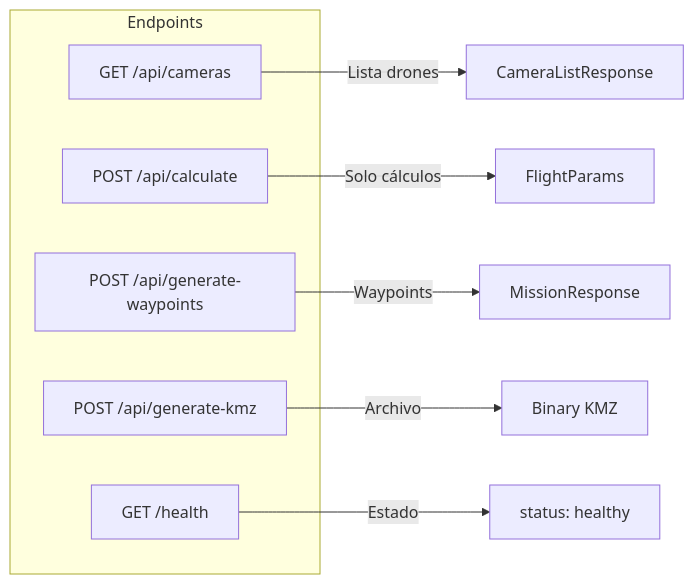
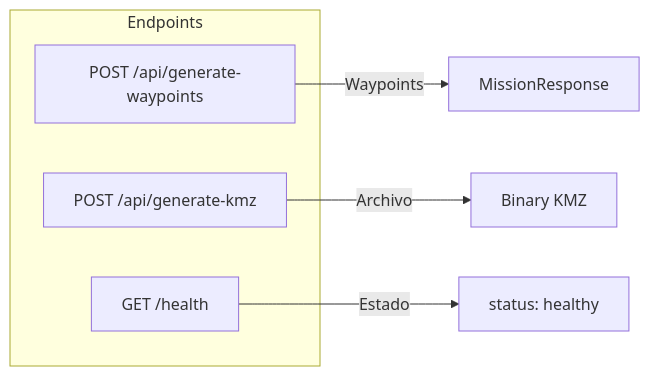
Before and after one commit to geoai-latam/WaypointsDJI: the third of 20 diagrams in geoflight/README.md, drawn with Mermaid. The commit also changed other lines of this file and 2 other files, not shown here.

````diff
--- a/geoflight/README.md
+++ b/geoflight/README.md
@@ -158,16 +162,12 @@
 ```mermaid
 flowchart LR
     subgraph Endpoints
-        E1["GET /api/cameras"]
-        E2["POST /api/calculate"]
         E3["POST /api/generate-waypoints"]
         E4["POST /api/generate-kmz"]
         E5["GET /health"]
     end
 
-    E1 -->|Lista drones| R1[CameraListResponse]
-    E2 -->|Solo cálculos| R2[FlightParams]
     E3 -->|Waypoints| R3[MissionResponse]
     E4 -->|Archivo| R4[Binary KMZ]
     E5 -->|Estado| R5["status: healthy"]
 ```
````
